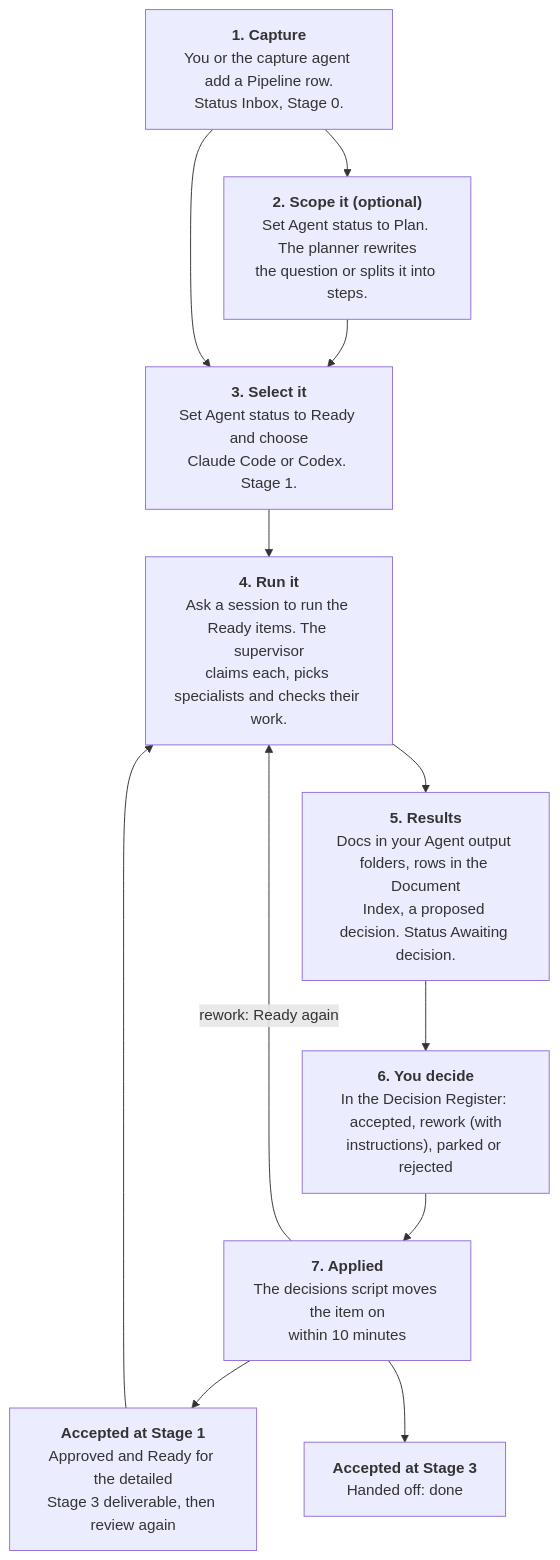
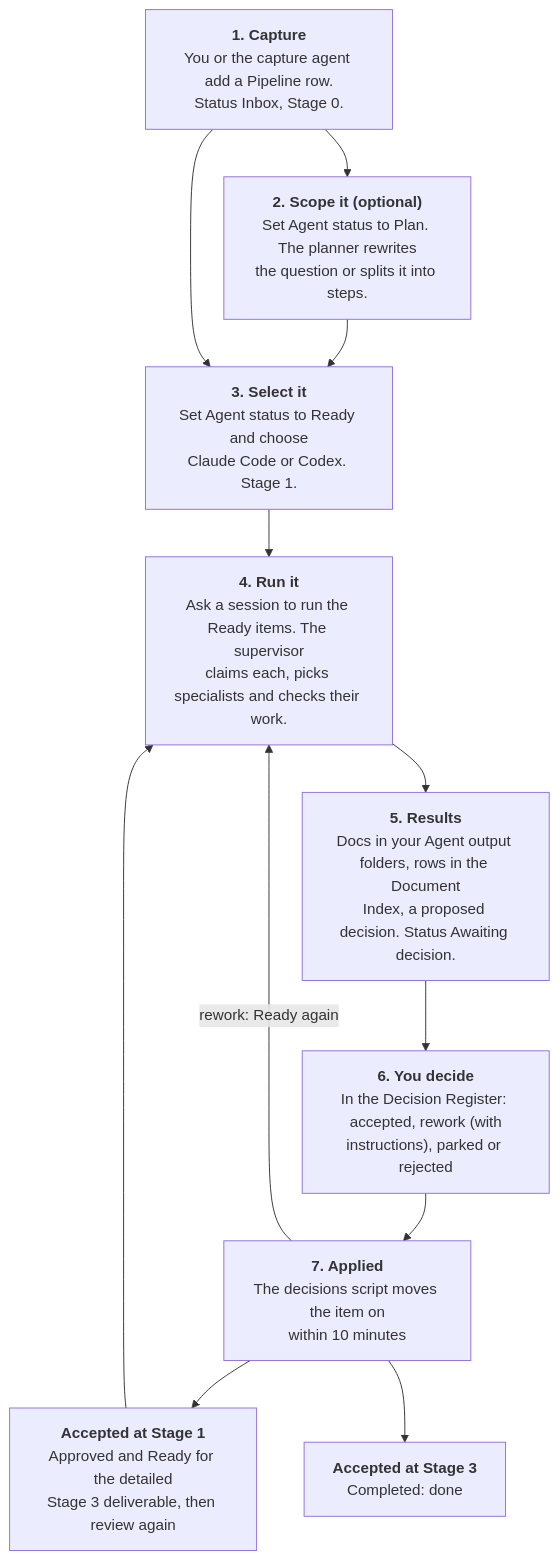
One commit to Welladino/Horology changed the second of 2 diagrams in docs/runbook/setup/how-horology-works.md. Above: the diagram before and after it, drawn with Mermaid. The commit also changed 26 other files, not shown here.

Commit message:
Document agent data flow and align completed workflow

````diff
--- a/docs/runbook/setup/how-horology-works.md
+++ b/docs/runbook/setup/how-horology-works.md
@@ -57,18 +57,18 @@
 ```mermaid
 flowchart TB
   capture["<b>1. Capture</b><br/>You or the capture agent add a Pipeline row.<br/>Status Inbox, Stage 0."]
   plan["<b>2. Scope it (optional)</b><br/>Set Agent status to Plan. The planner rewrites<br/>the question or splits it into steps."]
   ready["<b>3. Select it</b><br/>Set Agent status to Ready and choose<br/>Claude Code or Codex. Stage 1."]
   run["<b>4. Run it</b><br/>Ask a session to run the Ready items. The supervisor<br/>claims each, picks specialists and checks their work."]
   results["<b>5. Results</b><br/>Docs in your Agent output folders, rows in the Document<br/>Index, a proposed decision. Status Awaiting decision."]
   decide["<b>6. You decide</b><br/>In the Decision Register: accepted, rework (with<br/>instructions), parked or rejected"]
   apply["<b>7. Applied</b><br/>The decisions script moves the item on<br/>within 10 minutes"]
   stage3["<b>Accepted at Stage 1</b><br/>Approved and Ready for the detailed<br/>Stage 3 deliverable, then review again"]
-  done["<b>Accepted at Stage 3</b><br/>Handed off: done"]
+  done["<b>Accepted at Stage 3</b><br/>Completed: done"]
   capture --> plan --> ready
   capture --> ready
   ready --> run --> results --> decide --> apply
   apply --> stage3 --> run
   apply -- "rework: Ready again" --> run
   apply --> done
 ```
````
